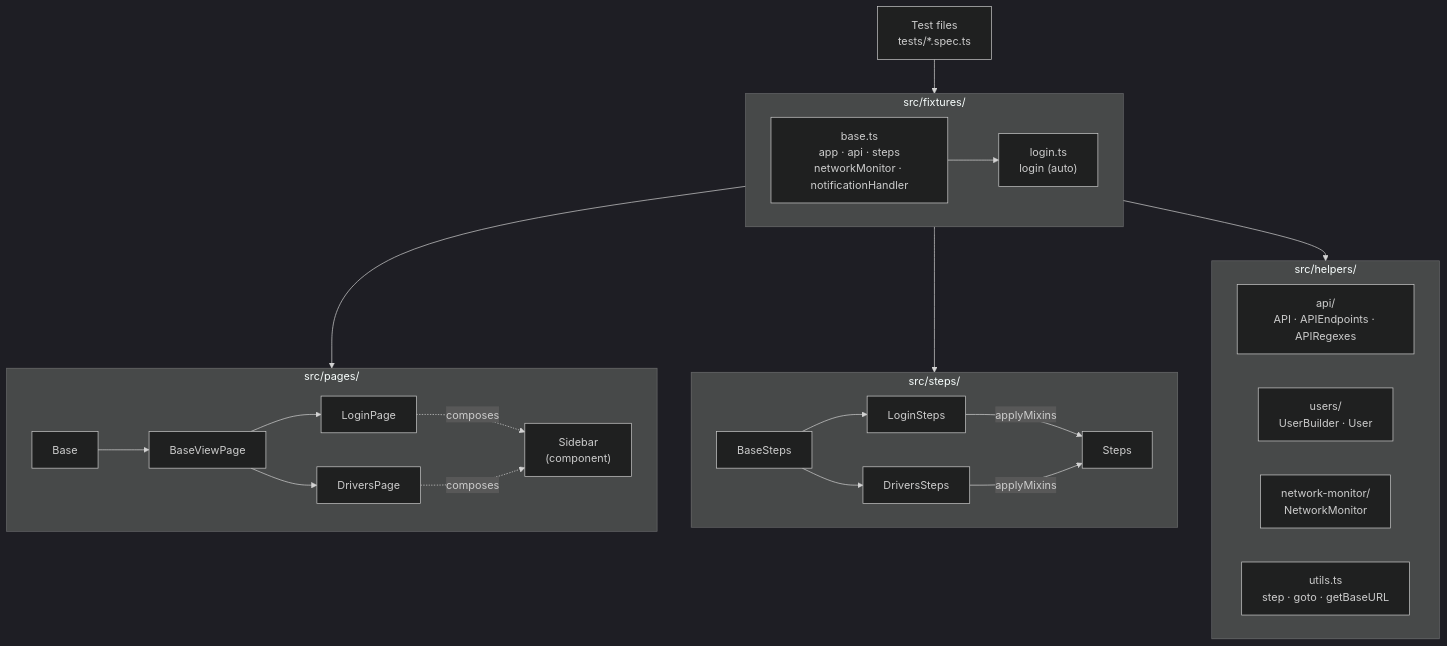
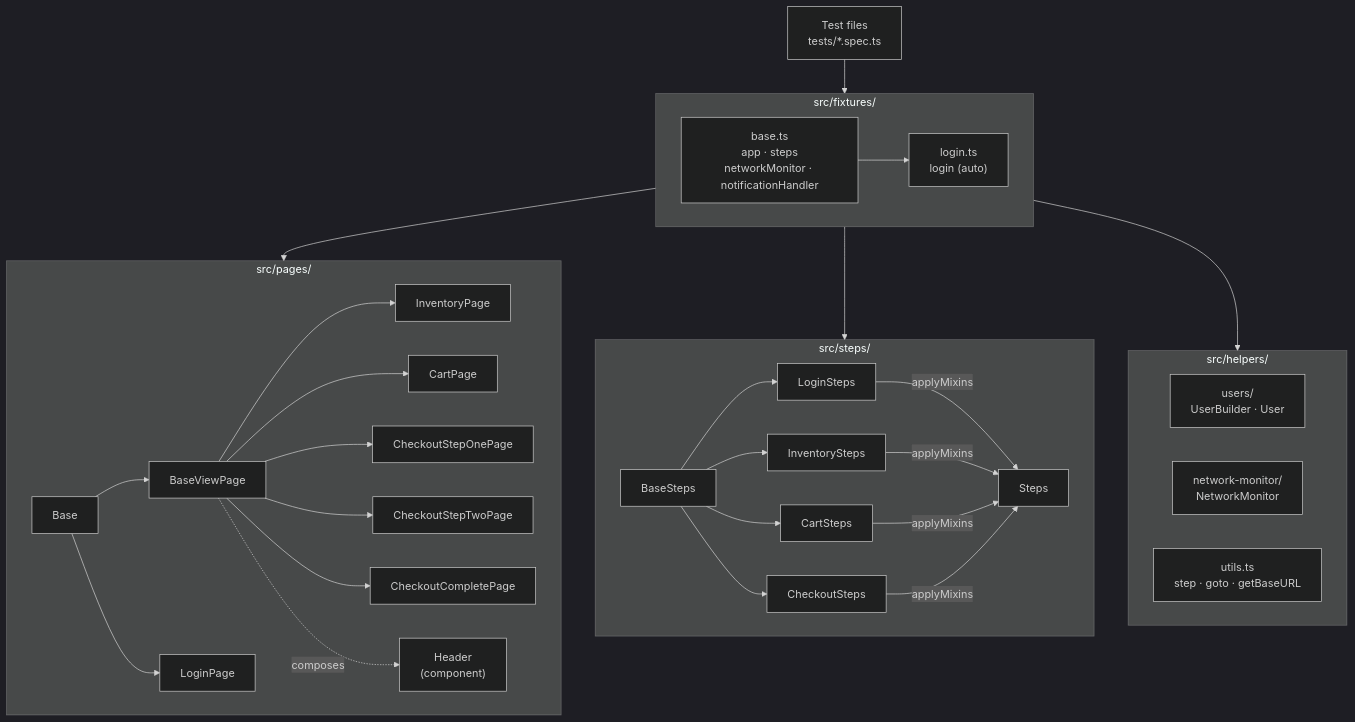
The diagram in README.md (oleksiisedun/test-suite-showcase), drawn with Mermaid (dark theme) before and after one commit. The commit also changed other lines of this file and 38 other files, not shown here.

````diff
--- a/README.md
+++ b/README.md
@@ -61,32 +58,32 @@
 ```mermaid
 graph TD
   Tests["Test files\ntests/*.spec.ts"] --> Fixtures
 
   subgraph Fixtures["src/fixtures/"]
-    BaseF["base.ts\napp · api · steps\nnetworkMonitor · notificationHandler"]
+    BaseF["base.ts\napp · steps\nnetworkMonitor · notificationHandler"]
     LoginF["login.ts\nlogin (auto)"]
     BaseF --> LoginF
   end
 
   Fixtures --> Pages
   Fixtures --> StepsLayer
   Fixtures --> Helpers
 
   subgraph Pages["src/pages/"]
     Base --> BaseViewPage
-    BaseViewPage --> LoginPage & DriversPage
-    LoginPage & DriversPage -.->|composes| Sidebar["Sidebar\n(component)"]
+    BaseViewPage --> InventoryPage & CartPage & CheckoutStepOnePage & CheckoutStepTwoPage & CheckoutCompletePage
+    Base --> LoginPage
+    BaseViewPage -.->|composes| Header["Header\n(component)"]
   end
 
   subgraph StepsLayer["src/steps/"]
-    BaseSteps --> LoginSteps & DriversSteps
-    LoginSteps & DriversSteps -->|applyMixins| Steps
+    BaseSteps --> LoginSteps & InventorySteps & CartSteps & CheckoutSteps
+    LoginSteps & InventorySteps & CartSteps & CheckoutSteps -->|applyMixins| Steps
   end
 
   subgraph Helpers["src/helpers/"]
-    API["api/\nAPI · APIEndpoints · APIRegexes"]
     Users["users/\nUserBuilder · User"]
     NM["network-monitor/\nNetworkMonitor"]
     Utils["utils.ts\nstep · goto · getBaseURL"]
   end
 ```
````
